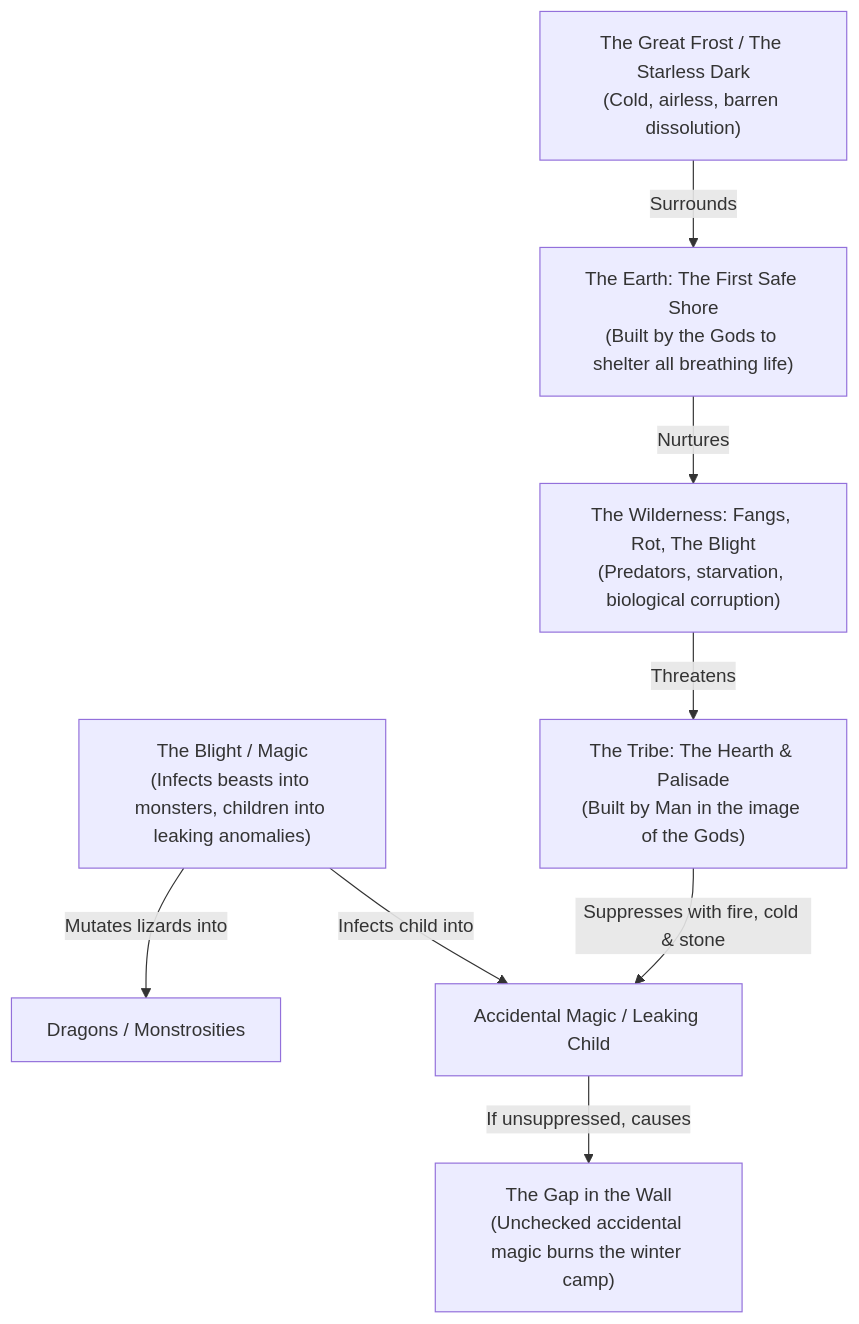
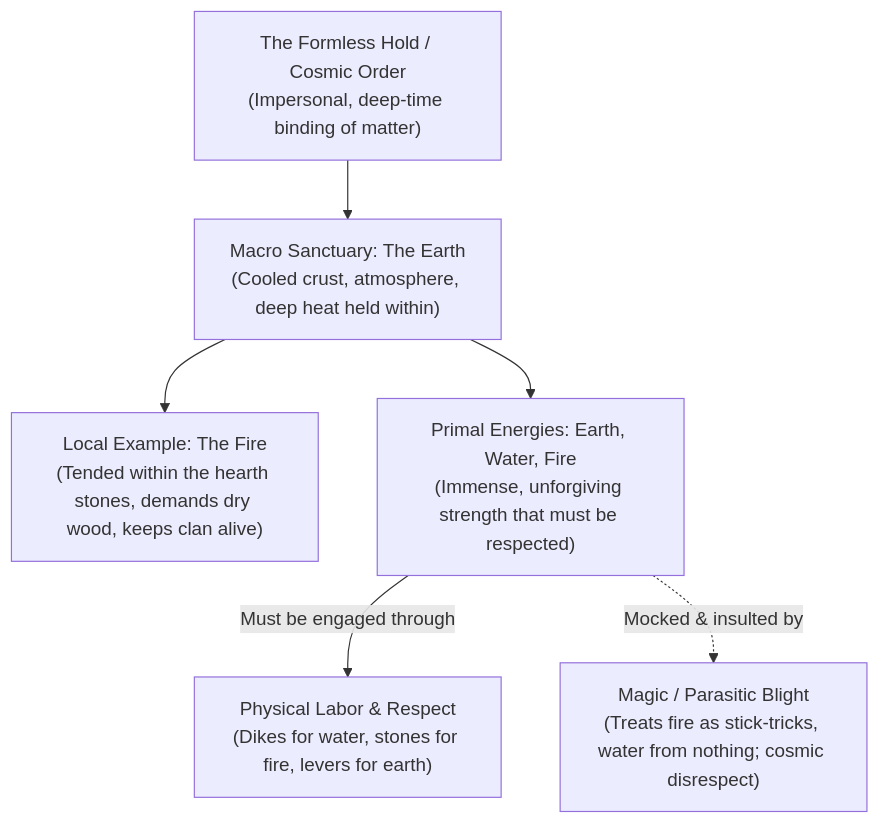
Before and after one commit to ImmortalWiz/wbc-library: the diagram in 01_theological_compendium/vesselist_doctrine/notes/pillar_01_mythos.md, drawn with Mermaid. The commit also changed other lines of this file, not shown here.

Commit message:
docs(theology): integrate deep-time Formless Hold, Twin Cheats (Prayer & Magic), and Earth/Fire elemental mechanics

````diff
--- a/01_theological_compendium/vesselist_doctrine/notes/pillar_01_mythos.md
+++ b/01_theological_compendium/vesselist_doctrine/notes/pillar_01_mythos.md
@@ -40,17 +42,15 @@
 ```mermaid
 flowchart TD
-    Void["The Great Frost / The Starless Dark\n(Cold, airless, barren dissolution)"]
-    Earth["The Earth: The First Safe Shore\n(Built by the Gods to shelter all breathing life)"]
-    Wild["The Wilderness: Fangs, Rot, The Blight\n(Predators, starvation, biological corruption)"]
-    Tribe["The Tribe: The Hearth & Palisade\n(Built by Man in the image of the Gods)"]
-    Blight["The Blight / Magic\n(Infects beasts into monsters, children into leaking anomalies)"]
-    Rupture["The Gap in the Wall\n(Unchecked accidental magic burns the winter camp)"]
+    Hold["The Formless Hold / Cosmic Order\n(Impersonal, deep-time binding of matter)"]
+    Earth["Macro Sanctuary: The Earth\n(Cooled crust, atmosphere, deep heat held within)"]
+    Fire["Local Example: The Fire\n(Tended within the hearth stones, demands dry wood, keeps clan alive)"]
+    Elements["Primal Energies: Earth, Water, Fire\n(Immense, unforgiving strength that must be respected)"]
+    Work["Physical Labor & Respect\n(Dikes for water, stones for fire, levers for earth)"]
+    Magic["Magic / Parasitic Blight\n(Treats fire as stick-tricks, water from nothing; cosmic disrespect)"]
 
-    Void -->|Surrounds| Earth
-    Earth -->|Nurtures| Wild
-    Wild -->|Threatens| Tribe
-    Blight -->|Mutates lizards into| Dragon["Dragons / Monstrosities"]
-    Blight -->|Infects child into| Accidental["Accidental Magic / Leaking Child"]
-    Accidental -->|If unsuppressed, causes| Rupture
-    Tribe -->|Suppresses with fire, cold & stone| Accidental
+    Hold --> Earth
+    Earth --> Fire
+    Earth --> Elements
+    Elements -->|Must be engaged through| Work
+    Elements -.->|Mocked & insulted by| Magic
 ```
````
